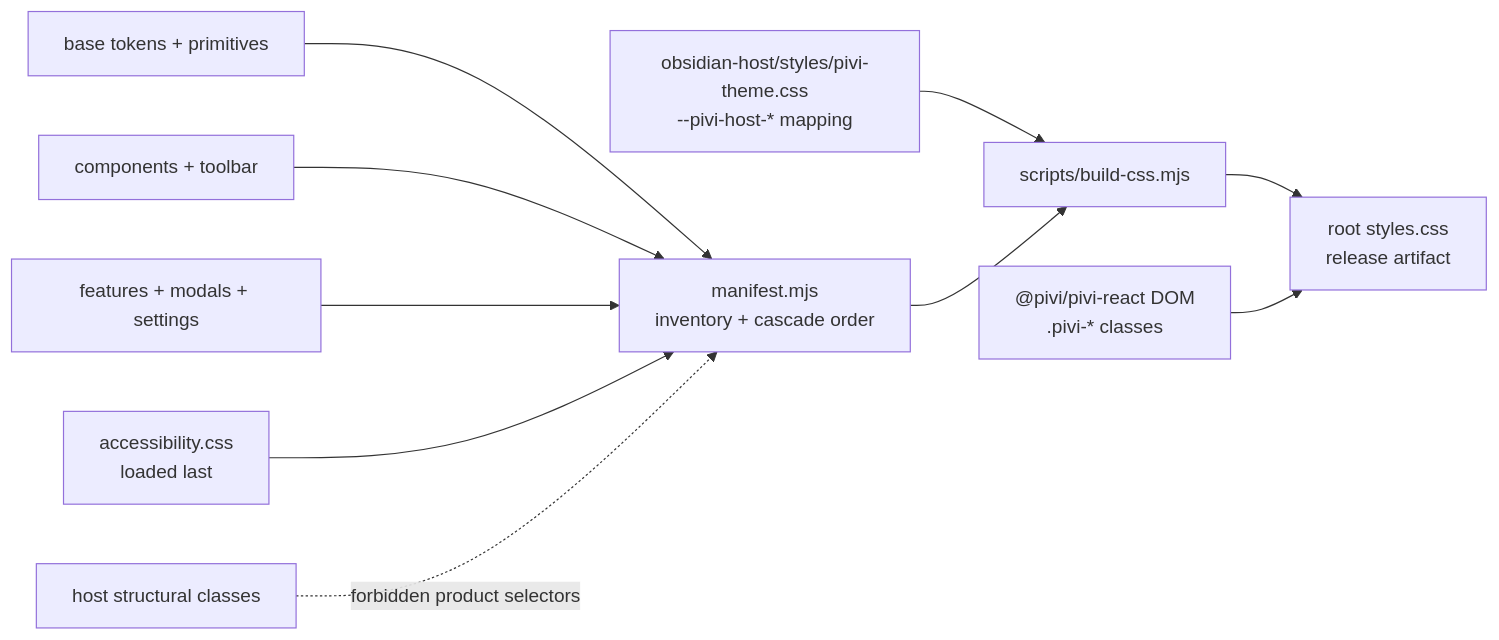
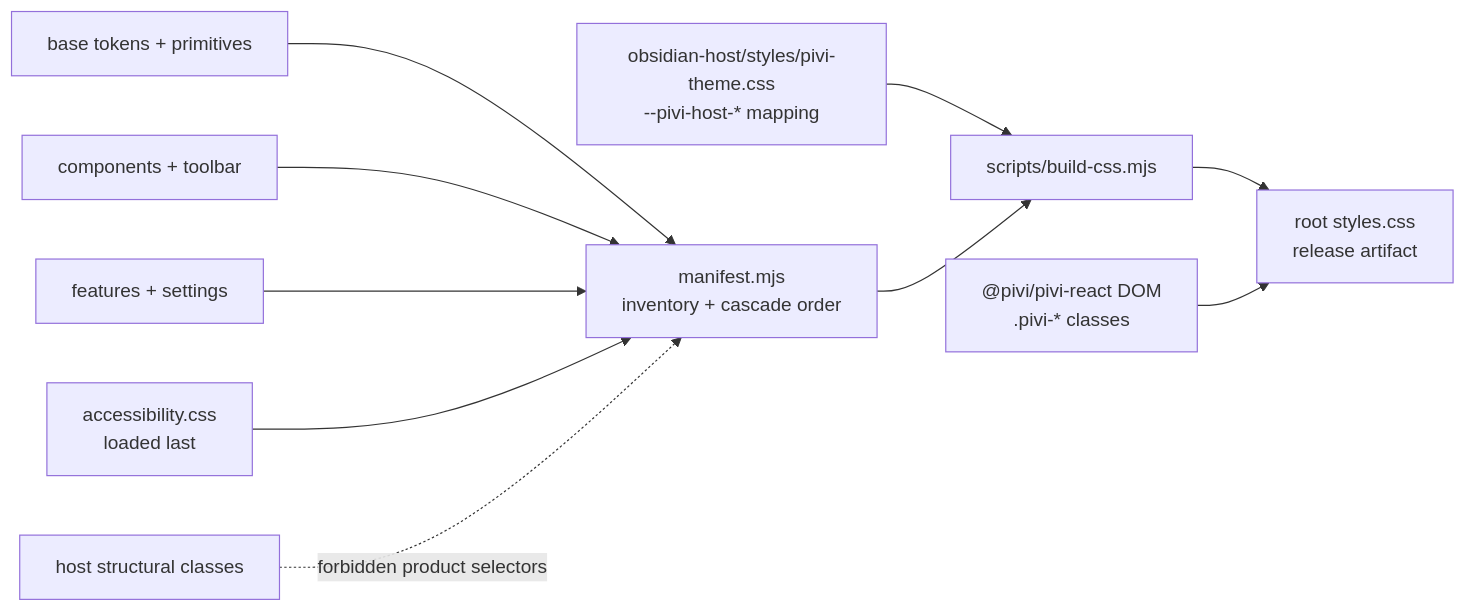
One commit to shuuul/obsidian-pivi changed the diagram in packages/pivi-react/styles/AGENTS.md. Above: the diagram before and after it, drawn with Mermaid. The commit also changed other lines of this file and 328 other files, not shown here.

````diff
--- a/packages/pivi-react/styles/AGENTS.md
+++ b/packages/pivi-react/styles/AGENTS.md
@@ -13,12 +13,12 @@
 ```mermaid
 flowchart LR
   HostTheme["obsidian-host/styles/pivi-theme.css<br/>--pivi-host-* mapping"] --> Build["scripts/build-css.mjs"]
   Manifest["manifest.mjs<br/>inventory + cascade order"] --> Build
   Base["base tokens + primitives"] --> Manifest
   Components["components + toolbar"] --> Manifest
-  Features["features + modals + settings"] --> Manifest
+  Features["features + settings"] --> Manifest
   A11y["accessibility.css<br/>loaded last"] --> Manifest
   Build --> Artifact["root styles.css<br/>release artifact"]
   React["@pivi/pivi-react DOM<br/>.pivi-* classes"] --> Artifact
   HostSelectors["host structural classes"] -. "forbidden product selectors" .-> Manifest
 ```
````
